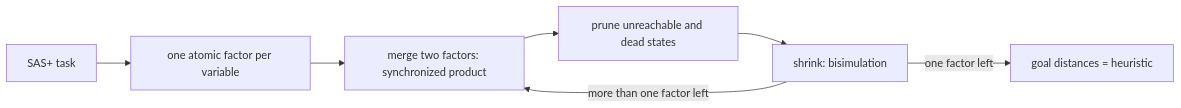
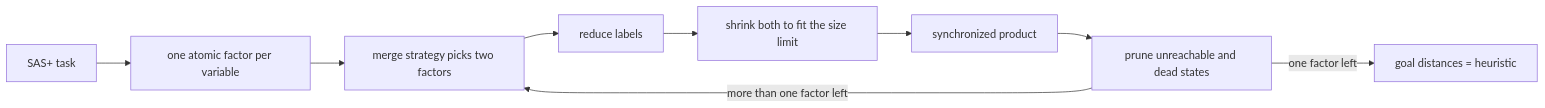
Before and after one commit to sunsided/merge-and-shrink: the diagram in README.md, drawn with Mermaid. The commit also changed other lines of this file and 1 other file, not shown here.

First line of the commit message:
Document the new merge, shrink and label reduction options

````diff
--- a/README.md
+++ b/README.md
@@ -21,9 +21,11 @@
 ```mermaid
 flowchart LR
   task[SAS+ task] --> atomic[one atomic factor per variable]
-  atomic --> merge[merge two factors: synchronized product]
+  atomic --> pick[merge strategy picks two factors]
+  pick --> reduce[reduce labels]
+  reduce --> shrink[shrink both to fit the size limit]
+  shrink --> merge[synchronized product]
   merge --> prune[prune unreachable and dead states]
-  prune --> shrink[shrink: bisimulation]
-  shrink -->|more than one factor left| merge
-  shrink -->|one factor left| h[goal distances = heuristic]
+  prune -->|more than one factor left| pick
+  prune -->|one factor left| h[goal distances = heuristic]
 ```
````
